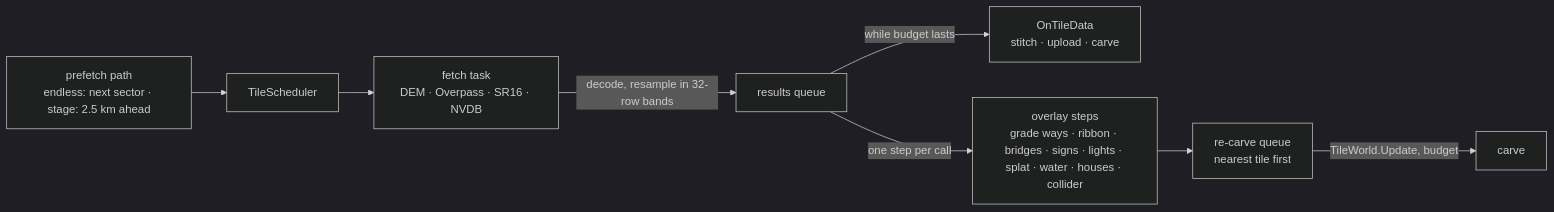
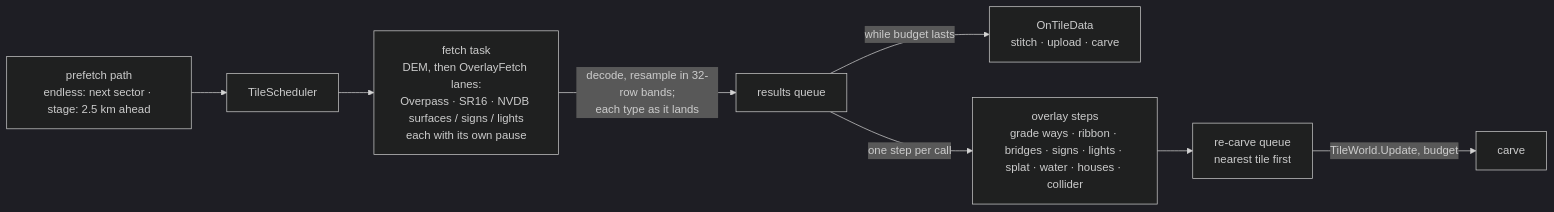
The sixth of 13 diagrams in ARCHITECTURE.md (FlipTMoan/norwayralley), drawn with Mermaid (dark theme) before and after one commit. The commit also changed other lines of this file and 23 other files, not shown here.

````diff
--- a/ARCHITECTURE.md
+++ b/ARCHITECTURE.md
@@ -224,10 +224,10 @@
 ```mermaid
 flowchart LR
-  F[fetch task<br/>DEM · Overpass · SR16 · NVDB] -->|decode, resample in 32-row bands| Q[results queue]
+  F[fetch task<br/>DEM, then OverlayFetch lanes:<br/>Overpass · SR16 · NVDB surfaces / signs / lights<br/>each with its own pause] -->|decode, resample in 32-row bands;<br/>each type as it lands| Q[results queue]
   Q -->|while budget lasts| D[OnTileData<br/>stitch · upload · carve]
   Q -->|one step per call| O[overlay steps<br/>grade ways · ribbon · bridges · signs · lights · splat · water · houses · collider]
   O --> RQ[re-carve queue<br/>nearest tile first]
   RQ -->|TileWorld.Update, budget| C[carve]
   P[prefetch path<br/>endless: next sector · stage: 2.5 km ahead] --> S[TileScheduler]
   S --> F
 ```
````
